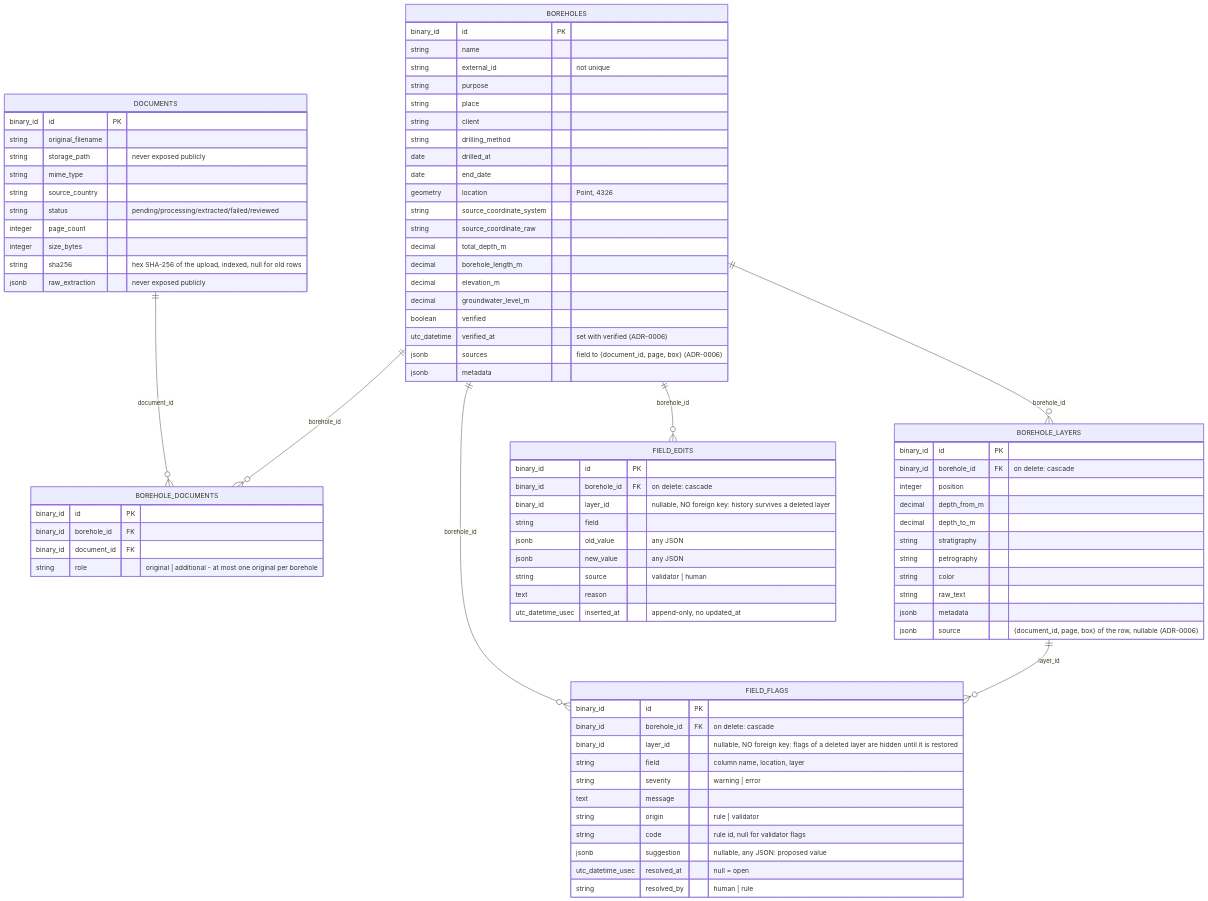
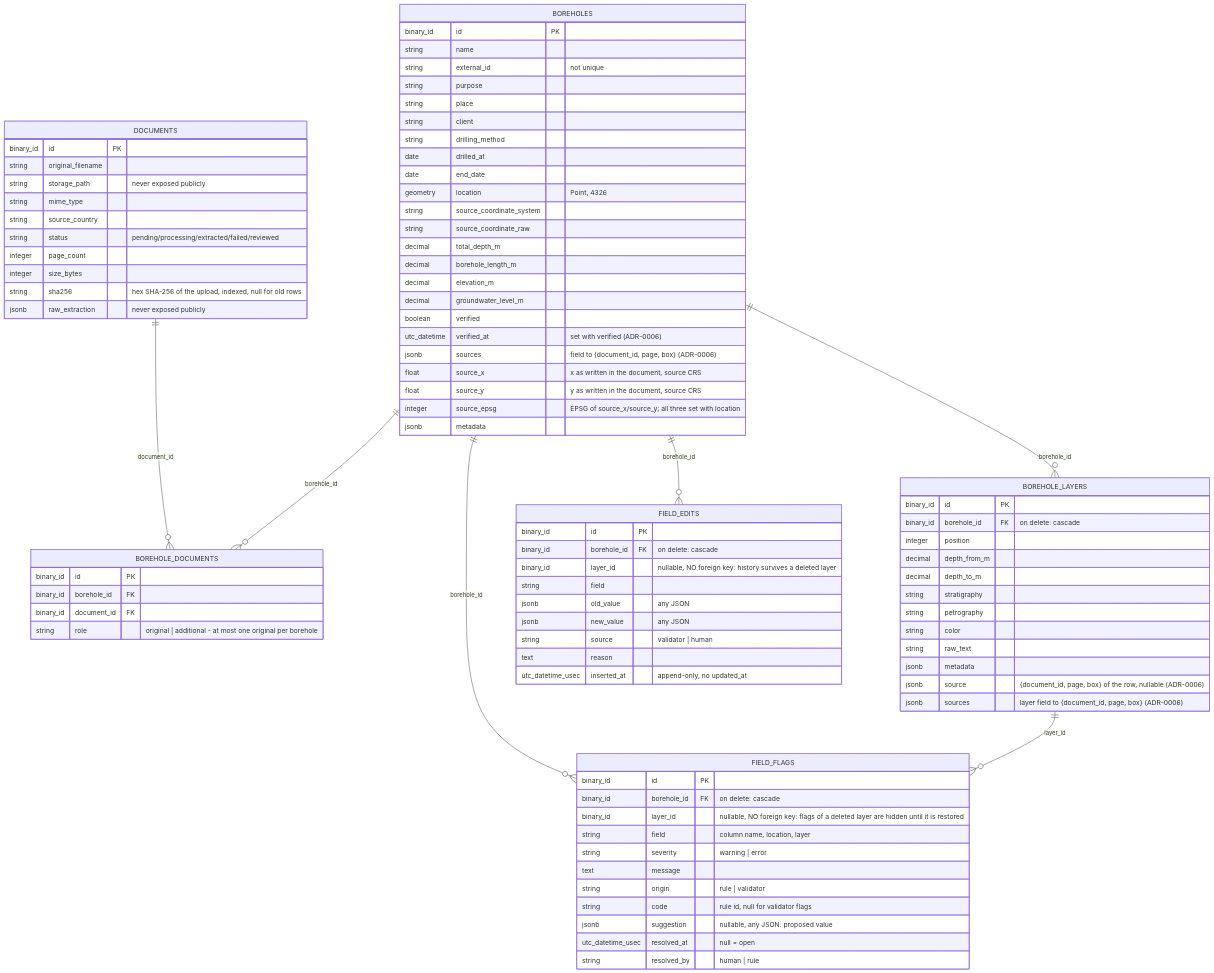
The first of 2 diagrams in docs/data-model.md (t-kelsey/smart-automation), drawn with Mermaid before and after one commit. The commit also changed 7 other files, not shown here.

First line of the commit message:
docs+api: document layer field boxes and source coordinates; sha256 backfill

```diff
--- a/docs/data-model.md
+++ b/docs/data-model.md
@@ -46,6 +46,9 @@
         boolean verified
         utc_datetime verified_at "set with verified (ADR-0006)"
         jsonb sources "field to {document_id, page, box} (ADR-0006)"
+        float source_x "x as written in the document, source CRS"
+        float source_y "y as written in the document, source CRS"
+        integer source_epsg "EPSG of source_x/source_y; all three set with location"
         jsonb metadata
     }
 
@@ -68,6 +71,7 @@
         string raw_text
         jsonb metadata
         jsonb source "{document_id, page, box} of the row, nullable (ADR-0006)"
+        jsonb sources "layer field to {document_id, page, box} (ADR-0006)"
     }
 
     FIELD_FLAGS {
```
